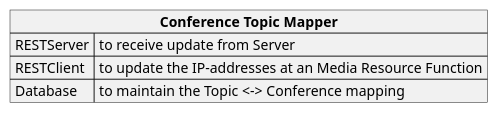
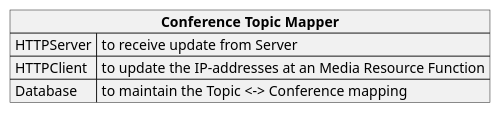
Before and after one commit to chumvan/rtppubsub: the diagram in pubsub/components/confTopicMapper.puml, drawn with PlantUML. The commit also changed 9 other files, not shown here.

Commit message:
edit sequences

```diff
--- a/pubsub/components/confTopicMapper.puml
+++ b/pubsub/components/confTopicMapper.puml
@@ -1,7 +1,7 @@
 @startuml conftopicmapper
 json "<b>Conference Topic Mapper" as CFM {
-    "RESTServer": "to receive update from Server",
-    "RESTClient": "to update the IP-addresses at an Media Resource Function",
+    "HTTPServer": "to receive update from Server",
+    "HTTPClient": "to update the IP-addresses at an Media Resource Function",
     "Database": "to maintain the Topic <-> Conference mapping"
 }
 @enduml
```
